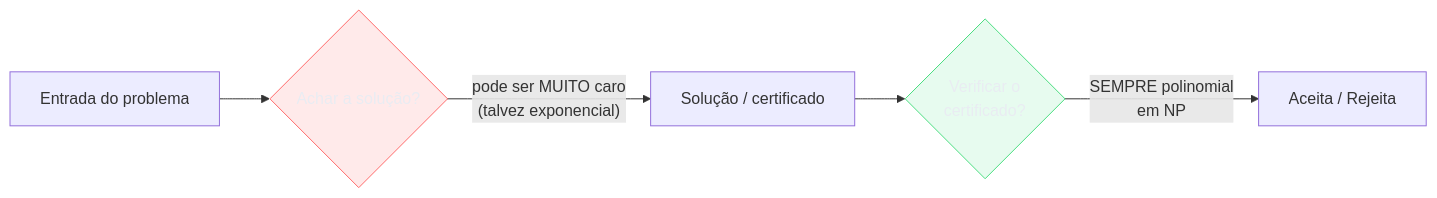
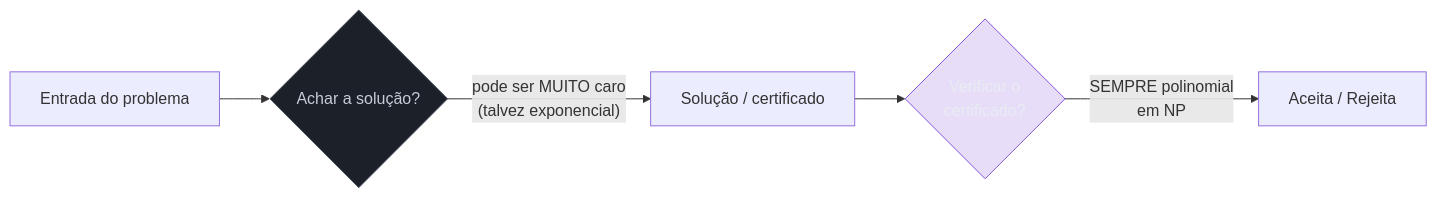
Before and after one commit to josenaldo/codex-technomanticus: the first of 4 diagrams in 03-Dominios/Ciência/Teoria da Computação/14 - Complexidade computacional formal - classes de tempo, P e NP.md, drawn with Mermaid. The commit also changed 601 other files, not shown here.

````diff
--- a/03-Dominios/Ciência/Teoria da Computação/14 - Complexidade computacional formal - classes de tempo, P e NP.md
+++ b/03-Dominios/Ciência/Teoria da Computação/14 - Complexidade computacional formal - classes de tempo, P e NP.md
@@ -121,11 +121,11 @@
 ```mermaid
 flowchart LR
-    classDef falha fill:#FF6B6B24,stroke:#FF6B6B,color:#E9ECF2
-    classDef ok fill:#4ADE8021,stroke:#4ADE80,color:#E9ECF2
+    classDef marca fill:#8855DF33,stroke:#8855DF,color:#E9ECF2
+    classDef neutro fill:#1B2029,stroke:#4E5666,color:#C6CCD8
     E["Entrada do problema"] --> A{"Achar a solução?"}
     A -->|"pode ser MUITO caro<br/>(talvez exponencial)"| Sol["Solução / certificado"]
     Sol --> V{"Verificar o<br/>certificado?"}
     V -->|"SEMPRE polinomial<br/>em NP"| R["Aceita / Rejeita"]
-    class A falha
-    class V ok
+    class A neutro
+    class V marca
 ```
````
